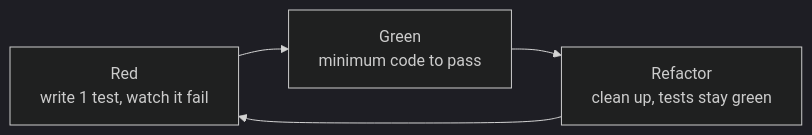
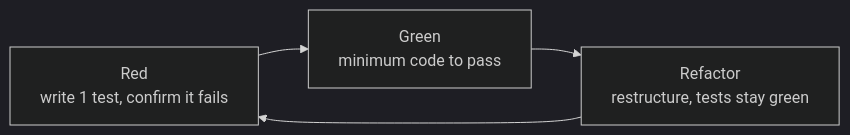
Before and after one commit to TienNHM/tiennhm.github.io: the diagram in i18n/en/docusaurus-plugin-content-blog/2026/2026-10-08-tdd-test-driven-development/index.md, drawn with Mermaid (dark theme). The commit also changed other lines of this file and 1 other file, not shown here.

````diff
--- a/i18n/en/docusaurus-plugin-content-blog/2026/2026-10-08-tdd-test-driven-development/index.md
+++ b/i18n/en/docusaurus-plugin-content-blog/2026/2026-10-08-tdd-test-driven-development/index.md
@@ -44,6 +41,6 @@
 ```mermaid
 flowchart LR
-    R["Red<br/>write 1 test, watch it fail"] --> G["Green<br/>minimum code to pass"]
-    G --> F["Refactor<br/>clean up, tests stay green"]
+    R["Red<br/>write 1 test, confirm it fails"] --> G["Green<br/>minimum code to pass"]
+    G --> F["Refactor<br/>restructure, tests stay green"]
     F --> R
 ```
````
